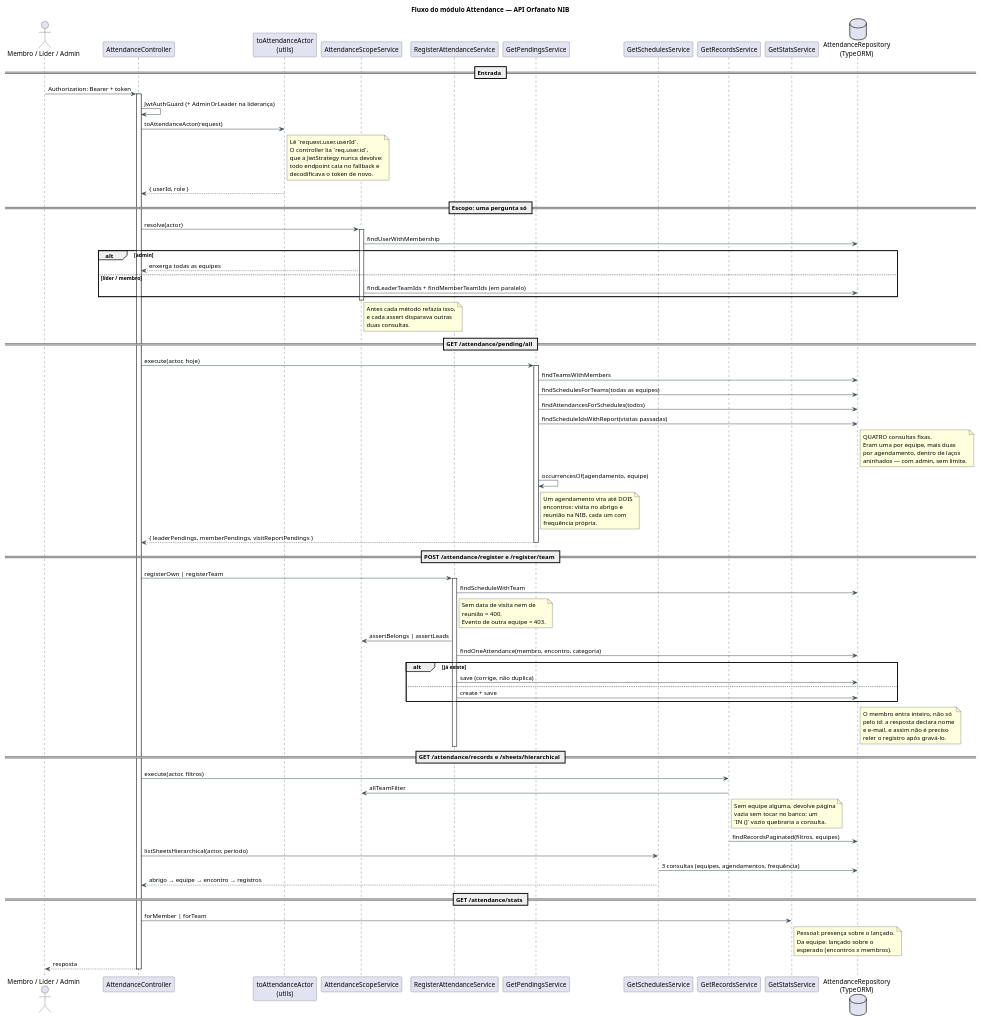
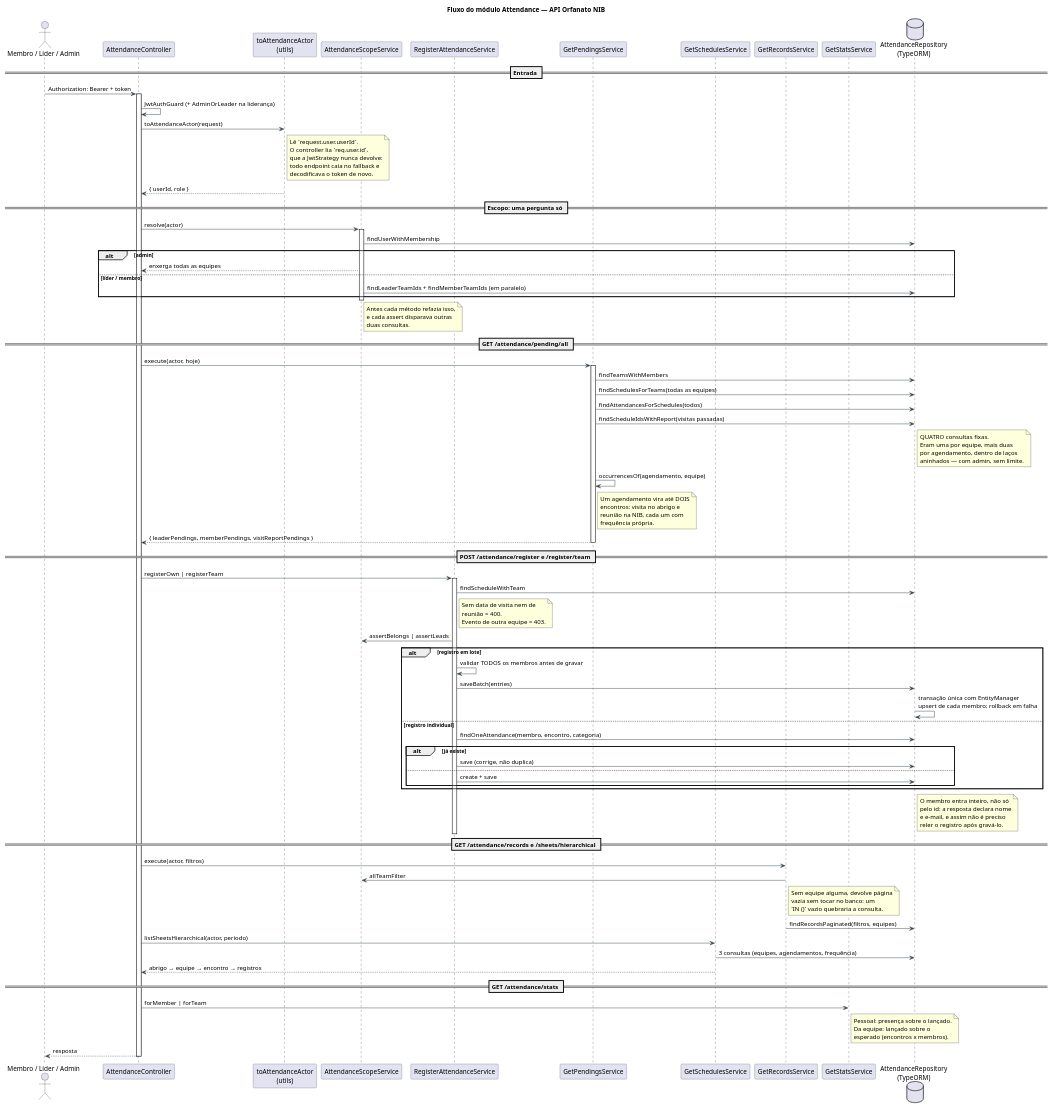
The diagram in docs/diagrams/flow/attendance/attendance-flow.puml (orfanatonib/orfanatonib-api), drawn with PlantUML before and after one commit. The commit also changed 160 other files, not shown here.

```diff
--- a/docs/diagrams/flow/attendance/attendance-flow.puml
+++ b/docs/diagrams/flow/attendance/attendance-flow.puml
@@ -1,122 +1,128 @@
 @startuml attendance-flow
 title Fluxo do módulo Attendance — API Orfanato NIB
 
 skinparam shadowing false
 skinparam defaultFontName Helvetica
 skinparam ArrowColor #37474F
 skinparam ParticipantBorderColor #37474F
 
 actor "Membro / Líder / Admin" as Client
 participant "AttendanceController" as Controller
 participant "toAttendanceActor\n(utils)" as Actor
 participant "AttendanceScopeService" as Scope
 participant "RegisterAttendanceService" as Register
 participant "GetPendingsService" as Pendings
 participant "GetSchedulesService" as Schedules
 participant "GetRecordsService" as Records
 participant "GetStatsService" as Stats
 database "AttendanceRepository\n(TypeORM)" as Repo
 
 == Entrada ==
 Client -> Controller : Authorization: Bearer + token
 activate Controller
 Controller -> Controller : JwtAuthGuard (+ AdminOrLeader na liderança)
 Controller -> Actor : toAttendanceActor(request)
 note right of Actor
   Lê `request.user.userId`.
   O controller lia `req.user.id`,
   que a JwtStrategy nunca devolve:
   todo endpoint caía no fallback e
   decodificava o token de novo.
 end note
 Actor --> Controller : { userId, role }
 
 == Escopo: uma pergunta só ==
 Controller -> Scope : resolve(actor)
 activate Scope
 Scope -> Repo : findUserWithMembership
 alt admin
   Scope --> Controller : enxerga todas as equipes
 else líder / membro
   Scope -> Repo : findLeaderTeamIds + findMemberTeamIds (em paralelo)
 end
 deactivate Scope
 note right of Scope
   Antes cada método refazia isso,
   e cada assert disparava outras
   duas consultas.
 end note
 
 == GET /attendance/pending/all ==
 Controller -> Pendings : execute(actor, hoje)
 activate Pendings
 Pendings -> Repo : findTeamsWithMembers
 Pendings -> Repo : findSchedulesForTeams(todas as equipes)
 Pendings -> Repo : findAttendancesForSchedules(todos)
 Pendings -> Repo : findScheduleIdsWithReport(visitas passadas)
 note right of Repo
   QUATRO consultas fixas.
   Eram uma por equipe, mais duas
   por agendamento, dentro de laços
   aninhados — com admin, sem limite.
 end note
 Pendings -> Pendings : occurrencesOf(agendamento, equipe)
 note right of Pendings
   Um agendamento vira até DOIS
   encontros: visita no abrigo e
   reunião na NIB, cada um com
   frequência própria.
 end note
 Pendings --> Controller : { leaderPendings, memberPendings, visitReportPendings }
 deactivate Pendings
 
 == POST /attendance/register e /register/team ==
 Controller -> Register : registerOwn | registerTeam
 activate Register
 Register -> Repo : findScheduleWithTeam
 note right of Register
   Sem data de visita nem de
   reunião = 400.
   Evento de outra equipe = 403.
 end note
 Register -> Scope : assertBelongs | assertLeads
+alt registro em lote
+  Register -> Register : validar TODOS os membros antes de gravar
+  Register -> Repo : saveBatch(entries)
+  Repo -> Repo : transação única com EntityManager\nupsert de cada membro; rollback em falha
+else registro individual
 Register -> Repo : findOneAttendance(membro, encontro, categoria)
 alt já existe
   Register -> Repo : save (corrige, não duplica)
 else
   Register -> Repo : create + save
+end
 end
 note right of Repo
   O membro entra inteiro, não só
   pelo id: a resposta declara nome
   e e-mail, e assim não é preciso
   reler o registro após gravá-lo.
 end note
 deactivate Register
 
 == GET /attendance/records e /sheets/hierarchical ==
 Controller -> Records : execute(actor, filtros)
 Records -> Scope : allTeamFilter
 note right of Records
   Sem equipe alguma, devolve página
   vazia sem tocar no banco: um
   `IN ()` vazio quebraria a consulta.
 end note
 Records -> Repo : findRecordsPaginated(filtros, equipes)
 
 Controller -> Schedules : listSheetsHierarchical(actor, período)
 Schedules -> Repo : 3 consultas (equipes, agendamentos, frequência)
 Schedules --> Controller : abrigo → equipe → encontro → registros
 
 == GET /attendance/stats ==
 Controller -> Stats : forMember | forTeam
 note right of Stats
   Pessoal: presença sobre o lançado.
   Da equipe: lançado sobre o
   esperado (encontros x membros).
 end note
 
 Controller --> Client : resposta
 deactivate Controller
 
 @enduml
```
